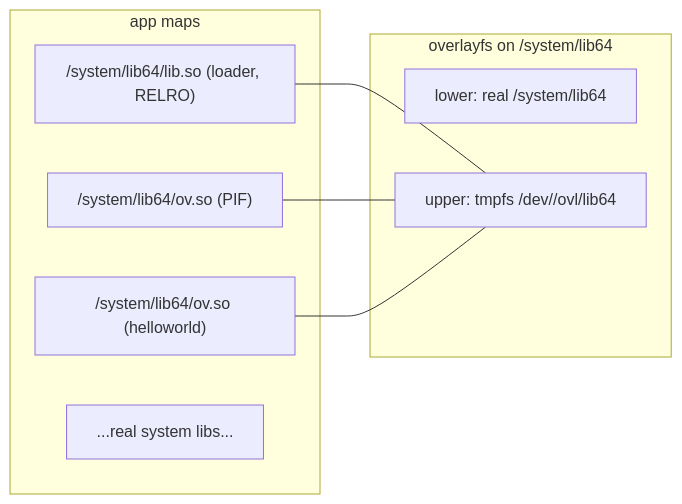
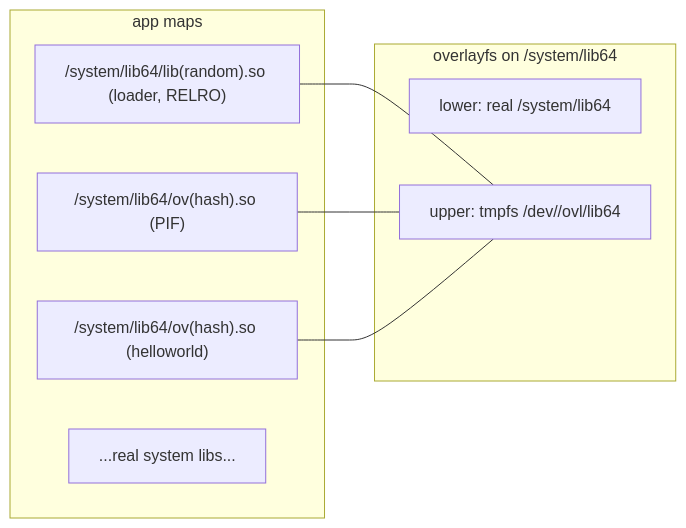
Before and after one commit to iamjosephmj/ZygiskRewire: the second of 2 diagrams in README.md, drawn with Mermaid.

Commit message:
docs: avoid angle brackets in mermaid labels

````diff
--- a/README.md
+++ b/README.md
@@ -64,16 +64,16 @@
 ```mermaid
 flowchart LR
     subgraph app maps
-        A["/system/lib64/lib<random>.so (loader, RELRO)"]
-        B["/system/lib64/ov<hash>.so (PIF)"]
-        C["/system/lib64/ov<hash>.so (helloworld)"]
+        A["/system/lib64/lib(random).so (loader, RELRO)"]
+        B["/system/lib64/ov(hash).so (PIF)"]
+        C["/system/lib64/ov(hash).so (helloworld)"]
         D["...real system libs..."]
     end
     subgraph overlayfs on /system/lib64
         L["lower: real /system/lib64"]
         U["upper: tmpfs /dev/<id>/ovl/lib64"]
     end
     A --- U
     B --- U
     C --- U
 ```
````
